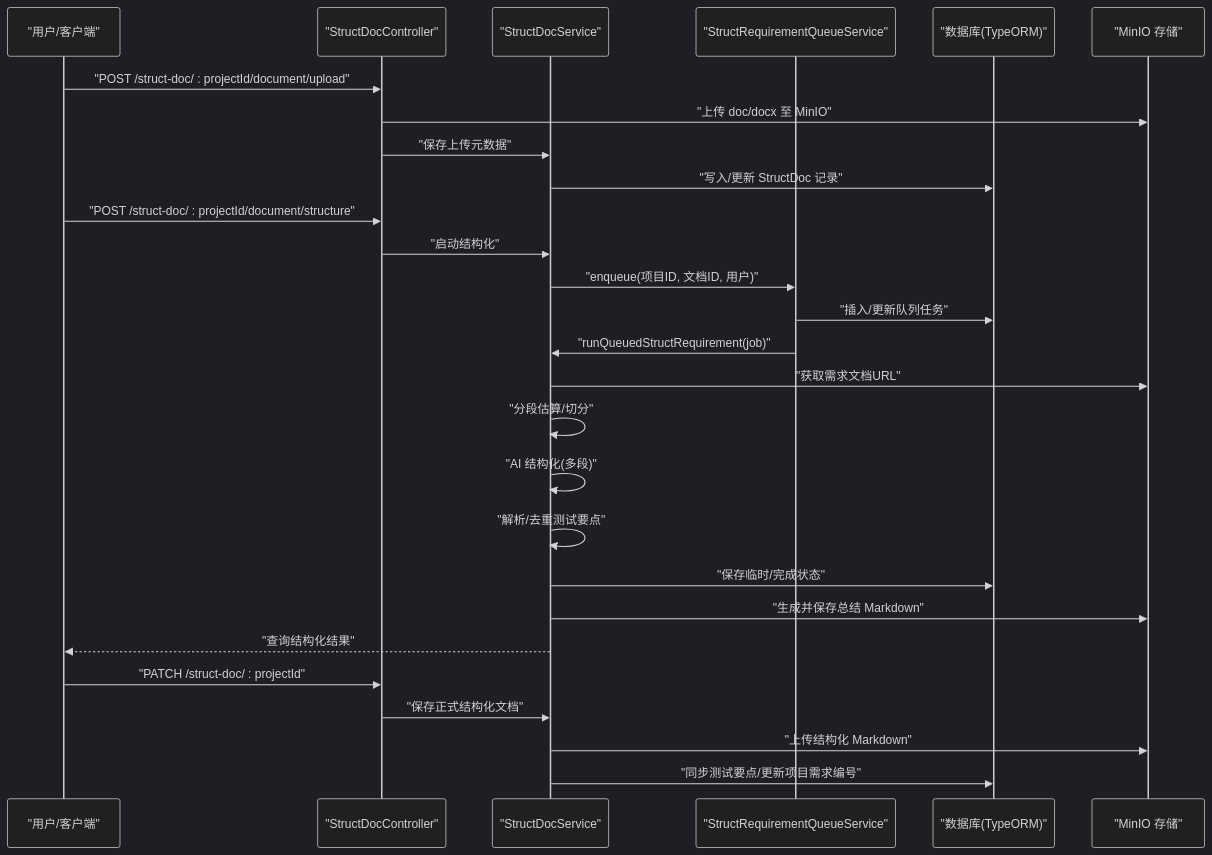
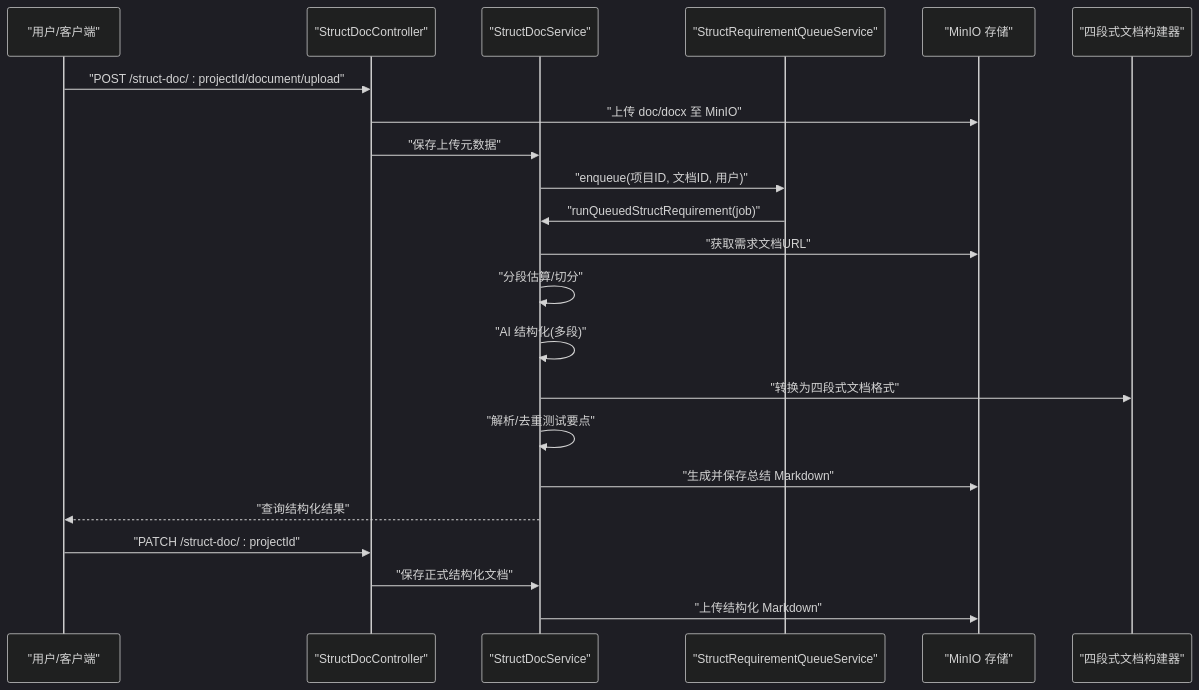
The second of 3 diagrams in .qoder/repowiki/zh/content/核心功能模块/结构化文档模块.md (Lichhu/caseForge), drawn with Mermaid (dark theme) before and after one commit. The commit also changed other lines of this file and 8 other files, not shown here.

````diff
--- a/.qoder/repowiki/zh/content/核心功能模块/结构化文档模块.md
+++ b/.qoder/repowiki/zh/content/核心功能模块/结构化文档模块.md
@@ -118,29 +134,24 @@
 ```mermaid
 sequenceDiagram
 participant U as "用户/客户端"
 participant C as "StructDocController"
 participant S as "StructDocService"
 participant Q as "StructRequirementQueueService"
-participant DB as "数据库(TypeORM)"
 participant M as "MinIO 存储"
+participant B as "四段式文档构建器"
 U->>C : "POST /struct-doc/ : projectId/document/upload"
 C->>M : "上传 doc/docx 至 MinIO"
 C->>S : "保存上传元数据"
-S->>DB : "写入/更新 StructDoc 记录"
-U->>C : "POST /struct-doc/ : projectId/document/structure"
-C->>S : "启动结构化"
 S->>Q : "enqueue(项目ID, 文档ID, 用户)"
-Q->>DB : "插入/更新队列任务"
 Q->>S : "runQueuedStructRequirement(job)"
 S->>M : "获取需求文档URL"
 S->>S : "分段估算/切分"
 S->>S : "AI 结构化(多段)"
+S->>B : "转换为四段式文档格式"
 S->>S : "解析/去重测试要点"
-S->>DB : "保存临时/完成状态"
 S->>M : "生成并保存总结 Markdown"
 S-->>U : "查询结构化结果"
 U->>C : "PATCH /struct-doc/ : projectId"
 C->>S : "保存正式结构化文档"
 S->>M : "上传结构化 Markdown"
-S->>DB : "同步测试要点/更新项目需求编号"
 ```
````
